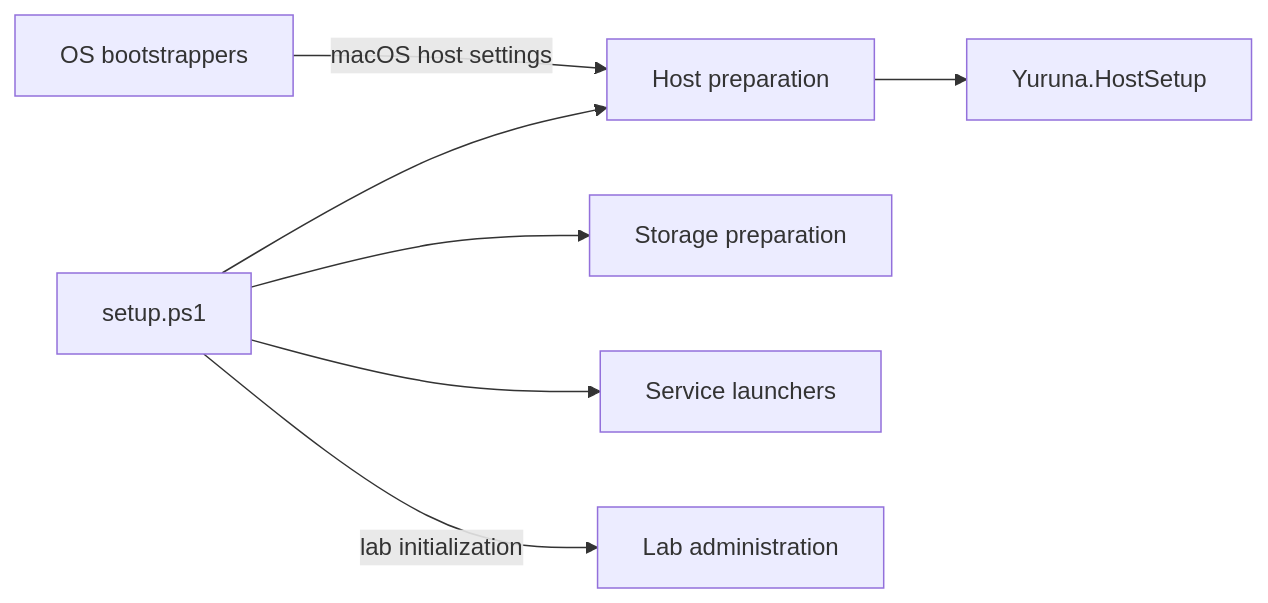
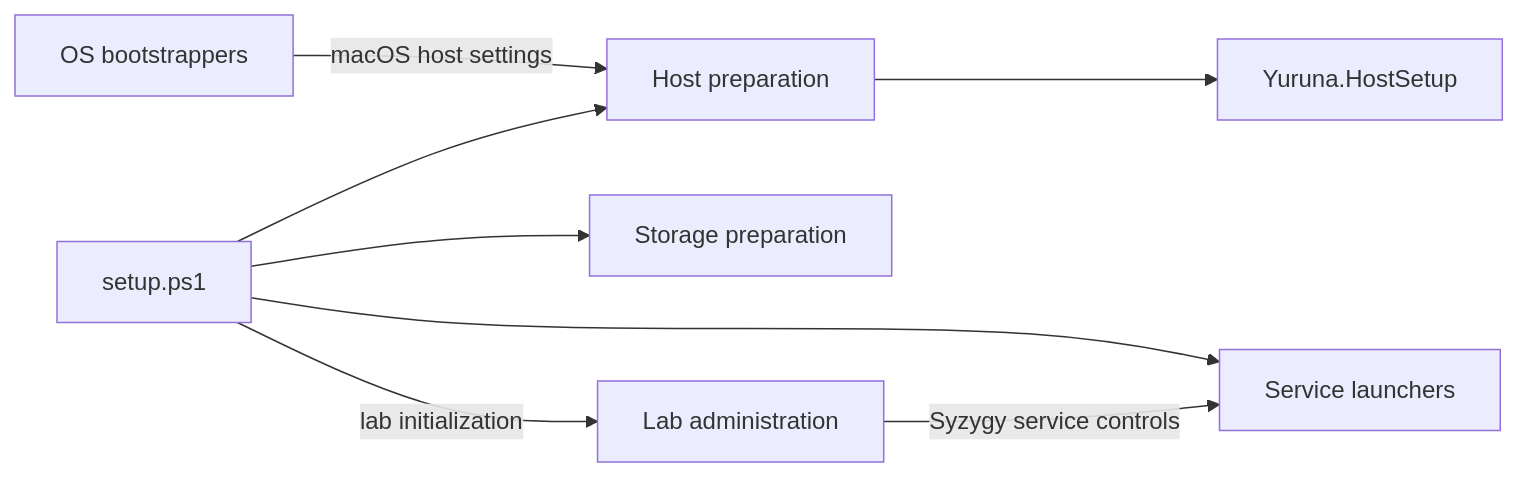
The first of 7 diagrams in docs/design/02-component-breakdown.md (alissonsol/yuruna), drawn with Mermaid before and after one commit. The commit also changed other lines of this file and 1396 other files, not shown here.

````diff
--- a/docs/design/02-component-breakdown.md
+++ b/docs/design/02-component-breakdown.md
@@ -12,16 +12,17 @@
 ```mermaid
 flowchart LR
     install["OS bootstrappers"]
     setup-ps1["setup.ps1"]
     enable-test-automation-ps1["Host preparation"]
     yuruna-host-setup-psm1["Yuruna.HostSetup"]
     new-local-lab-storage-ps1["Storage preparation"]
     test-service["Service launchers"]
     test-lab["Lab administration"]
     install -->|macOS host settings| enable-test-automation-ps1
     setup-ps1 --> enable-test-automation-ps1
     enable-test-automation-ps1 --> yuruna-host-setup-psm1
     setup-ps1 --> new-local-lab-storage-ps1
     setup-ps1 --> test-service
     setup-ps1 -->|lab initialization| test-lab
+    test-lab -->|Syzygy service controls| test-service
 ```
````
